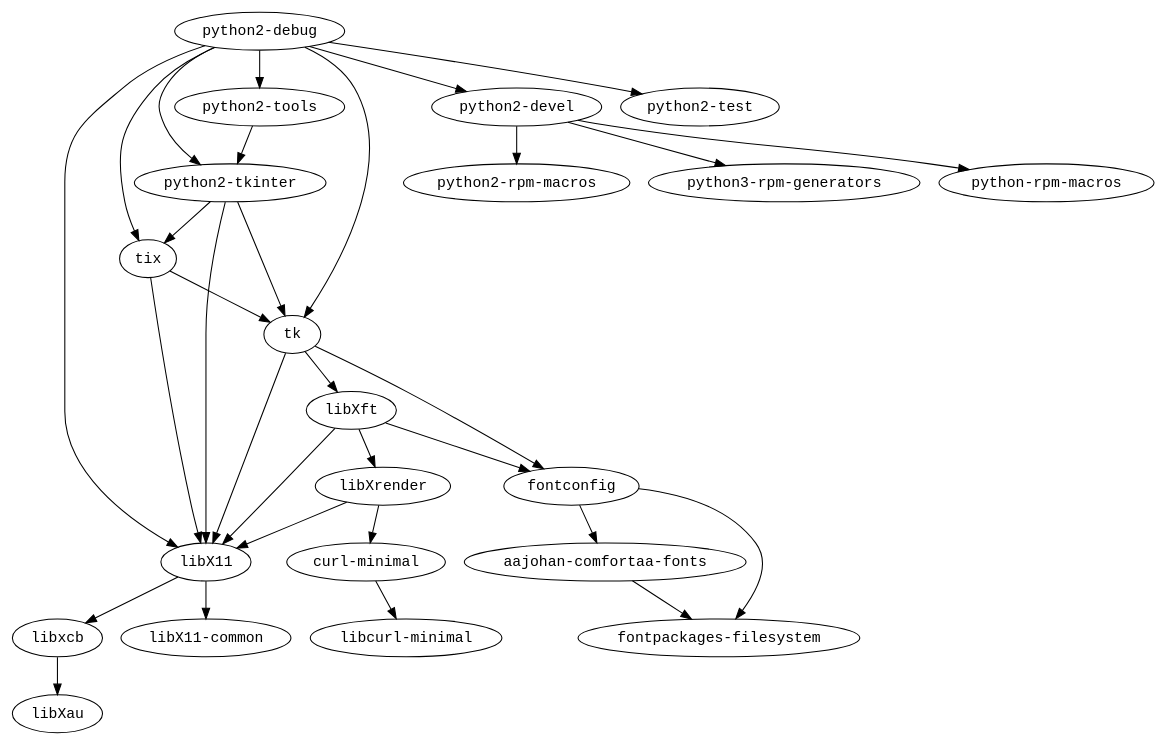
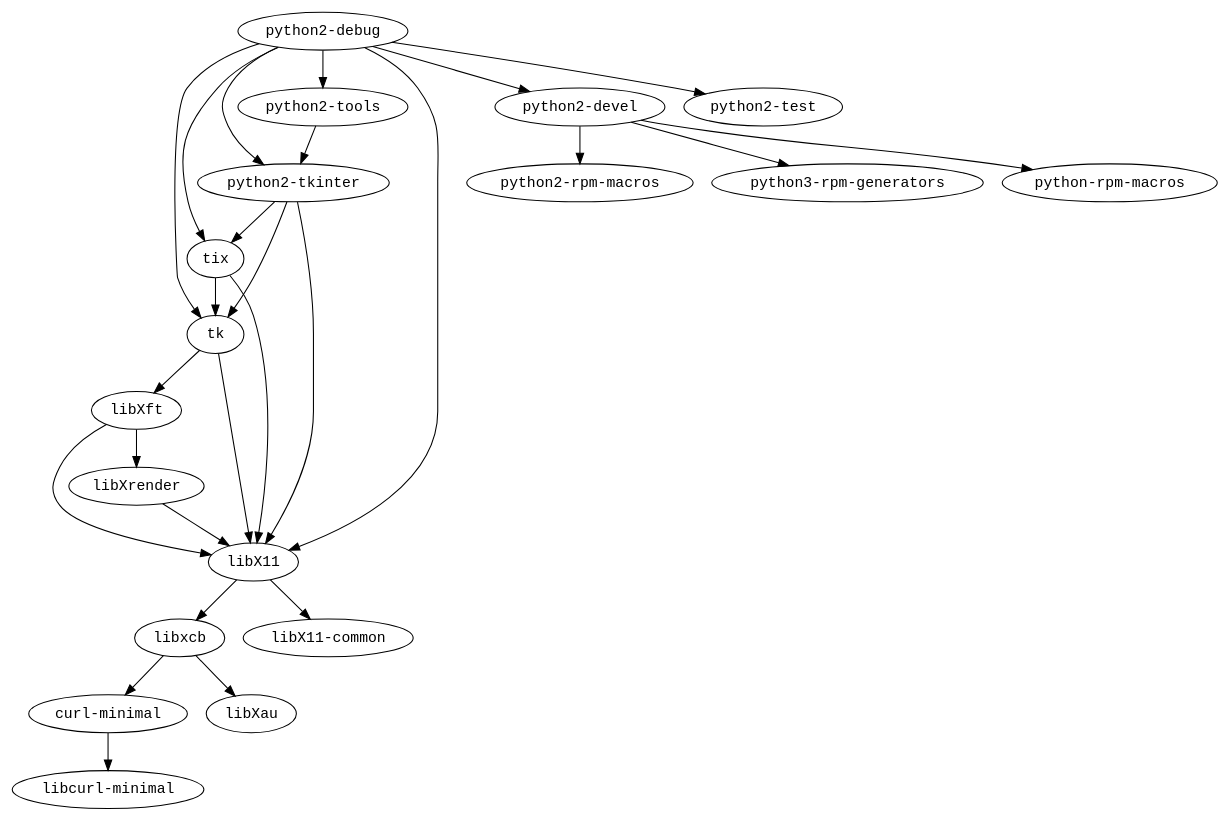
Before and after one commit to fedora-modularity/dependency-report: the diagram in modules/python2/aarch64/graph.dot, drawn with Graphviz. The commit also changed 6300 other files, not shown here.

```diff
--- a/modules/python2/aarch64/graph.dot
+++ b/modules/python2/aarch64/graph.dot
@@ -1,34 +1,29 @@
 strict digraph G {
 node [fontname=monospace];
-  "aajohan-comfortaa-fonts" -> "fontpackages-filesystem";
   "curl-minimal" -> "libcurl-minimal";
-  "fontconfig" -> "aajohan-comfortaa-fonts";
-  "fontconfig" -> "fontpackages-filesystem";
   "libX11" -> "libX11-common";
   "libX11" -> "libxcb";
+  "libxcb" -> "curl-minimal";
   "libxcb" -> "libXau";
-  "libXft" -> "fontconfig";
   "libXft" -> "libX11";
   "libXft" -> "libXrender";
-  "libXrender" -> "curl-minimal";
   "libXrender" -> "libX11";
   "python2-debug" -> "libX11";
   "python2-debug" -> "python2-devel";
   "python2-debug" -> "python2-test";
   "python2-debug" -> "python2-tkinter";
   "python2-debug" -> "python2-tools";
   "python2-debug" -> "tix";
   "python2-debug" -> "tk";
   "python2-devel" -> "python2-rpm-macros";
   "python2-devel" -> "python3-rpm-generators";
   "python2-devel" -> "python-rpm-macros";
   "python2-tkinter" -> "libX11";
   "python2-tkinter" -> "tix";
   "python2-tkinter" -> "tk";
   "python2-tools" -> "python2-tkinter";
   "tix" -> "libX11";
   "tix" -> "tk";
-  "tk" -> "fontconfig";
   "tk" -> "libX11";
   "tk" -> "libXft";
 }
```
